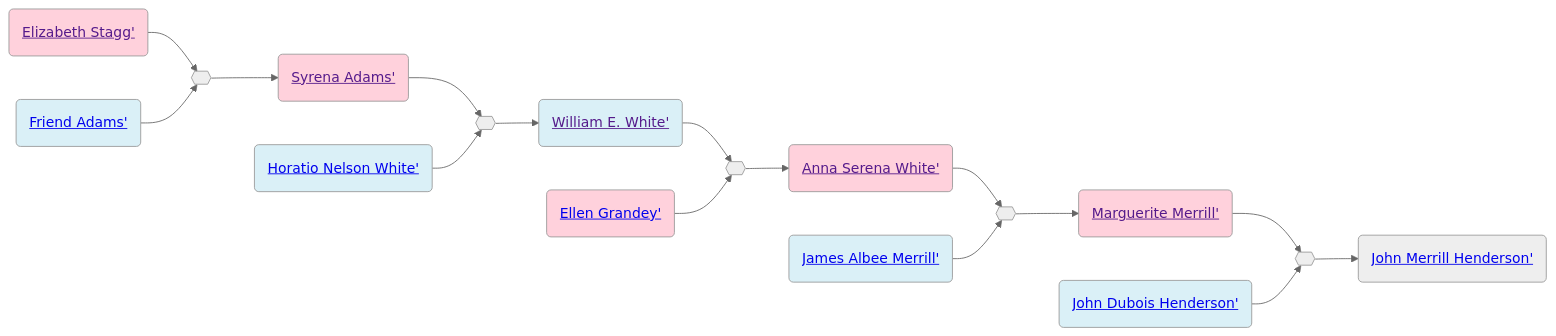
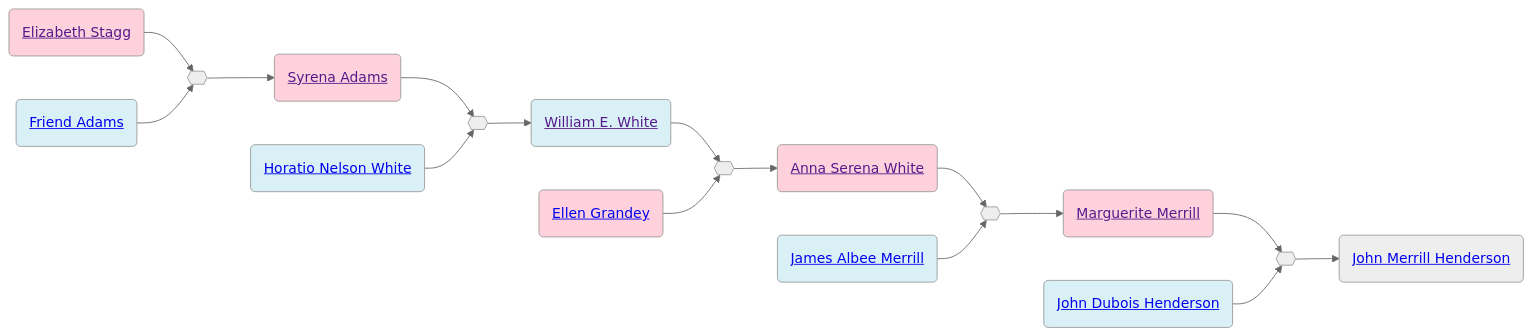
One commit to neelsmith/avocational changed the second of 2 diagrams in familyhistory/sources/people/Merrill-line/White-line/Elizabeth_Stagg.qmd. Above: the diagram before and after it, drawn with Mermaid (neutral theme). The commit also changed other lines of this file and 96 other files, not shown here.

````diff
--- a/familyhistory/sources/people/Merrill-line/White-line/Elizabeth_Stagg.qmd
+++ b/familyhistory/sources/people/Merrill-line/White-line/Elizabeth_Stagg.qmd
@@ -41,38 +41,38 @@
 ```{mermaid}
 graph LR
 %% LR descendant diagram
 class Elizabeth_Stagg_and_Friend_Adams marriage
-Elizabeth_Stagg(<a href=''>Elizabeth Stagg'</>) --> Elizabeth_Stagg_and_Friend_Adams{{ }}
-Friend_Adams(<a href='./Friend_Adams.html'>Friend Adams'</>) --> Elizabeth_Stagg_and_Friend_Adams{{ }}
+Elizabeth_Stagg(<a href=''>Elizabeth Stagg</a>) --> Elizabeth_Stagg_and_Friend_Adams{{ }}
+Friend_Adams(<a href='./Friend_Adams.html'>Friend Adams</a>) --> Elizabeth_Stagg_and_Friend_Adams{{ }}
 class Friend_Adams father
 class Elizabeth_Stagg mother
-Elizabeth_Stagg_and_Friend_Adams{{ }} --> Syrena_Adams(<a href='./Syrena_Adams.html'>Syrena Adams'</>)
+Elizabeth_Stagg_and_Friend_Adams{{ }} --> Syrena_Adams(<a href='./Syrena_Adams.html'>Syrena Adams</a>)
 class Syrena_Adams_and_Horatio_Nelson_White marriage
-Syrena_Adams(<a href=''>Syrena Adams'</>) --> Syrena_Adams_and_Horatio_Nelson_White{{ }}
-Horatio_Nelson_White(<a href='./Horatio_Nelson_White.html'>Horatio Nelson White'</>) --> Syrena_Adams_and_Horatio_Nelson_White{{ }}
+Syrena_Adams(<a href=''>Syrena Adams</a>) --> Syrena_Adams_and_Horatio_Nelson_White{{ }}
+Horatio_Nelson_White(<a href='./Horatio_Nelson_White.html'>Horatio Nelson White</a>) --> Syrena_Adams_and_Horatio_Nelson_White{{ }}
 class Horatio_Nelson_White father
 class Syrena_Adams mother
-Syrena_Adams_and_Horatio_Nelson_White{{ }} --> William_E._White(<a href='./William_E._White.html'>William E. White'</>)
+Syrena_Adams_and_Horatio_Nelson_White{{ }} --> William_E._White(<a href='./William_E._White.html'>William E. White</a>)
 class William_E._White_and_Ellen_Grandey marriage
-William_E._White(<a href=''>William E. White'</>) --> William_E._White_and_Ellen_Grandey{{ }}
-Ellen_Grandey(<a href='./../Grandey-line/Ellen_Grandey.html'>Ellen Grandey'</>) --> William_E._White_and_Ellen_Grandey{{ }}
+William_E._White(<a href=''>William E. White</a>) --> William_E._White_and_Ellen_Grandey{{ }}
+Ellen_Grandey(<a href='./../Grandey-line/Ellen_Grandey.html'>Ellen Grandey</a>) --> William_E._White_and_Ellen_Grandey{{ }}
 class William_E._White father
 class Ellen_Grandey mother
-William_E._White_and_Ellen_Grandey{{ }} --> Anna_Serena_White(<a href='./Anna_Serena_White.html'>Anna Serena White'</>)
+William_E._White_and_Ellen_Grandey{{ }} --> Anna_Serena_White(<a href='./Anna_Serena_White.html'>Anna Serena White</a>)
 class Anna_Serena_White_and_James_Albee_Merrill marriage
-Anna_Serena_White(<a href=''>Anna Serena White'</>) --> Anna_Serena_White_and_James_Albee_Merrill{{ }}
-James_Albee_Merrill(<a href='./../James_Albee_Merrill.html'>James Albee Merrill'</>) --> Anna_Serena_White_and_James_Albee_Merrill{{ }}
+Anna_Serena_White(<a href=''>Anna Serena White</a>) --> Anna_Serena_White_and_James_Albee_Merrill{{ }}
+James_Albee_Merrill(<a href='./../James_Albee_Merrill.html'>James Albee Merrill</a>) --> Anna_Serena_White_and_James_Albee_Merrill{{ }}
 class James_Albee_Merrill father
 class Anna_Serena_White mother
-Anna_Serena_White_and_James_Albee_Merrill{{ }} --> Marguerite_Merrill(<a href='./../Marguerite_Merrill.html'>Marguerite Merrill'</>)
+Anna_Serena_White_and_James_Albee_Merrill{{ }} --> Marguerite_Merrill(<a href='./../Marguerite_Merrill.html'>Marguerite Merrill</a>)
 class Marguerite_Merrill_and_John_Dubois_Henderson marriage
-Marguerite_Merrill(<a href=''>Marguerite Merrill'</>) --> Marguerite_Merrill_and_John_Dubois_Henderson{{ }}
-John_Dubois_Henderson(<a href='./../Henderson-line/John_Dubois_Henderson.html'>John Dubois Henderson'</>) --> Marguerite_Merrill_and_John_Dubois_Henderson{{ }}
+Marguerite_Merrill(<a href=''>Marguerite Merrill</a>) --> Marguerite_Merrill_and_John_Dubois_Henderson{{ }}
+John_Dubois_Henderson(<a href='./../Henderson-line/John_Dubois_Henderson.html'>John Dubois Henderson</a>) --> Marguerite_Merrill_and_John_Dubois_Henderson{{ }}
 class John_Dubois_Henderson father
 class Marguerite_Merrill mother
-Marguerite_Merrill_and_John_Dubois_Henderson{{ }} --> John_Merrill_Henderson(<a href='./../Henderson-line/John_Merrill_Henderson.html'>John Merrill Henderson'</>)
+Marguerite_Merrill_and_John_Dubois_Henderson{{ }} --> John_Merrill_Henderson(<a href='./../Henderson-line/John_Merrill_Henderson.html'>John Merrill Henderson</a>)
 classDef mother fill:#ffd1dc
 classDef father fill:#daf0f7  
 classDef marriage fill:#ffffff
 
 ```
````
